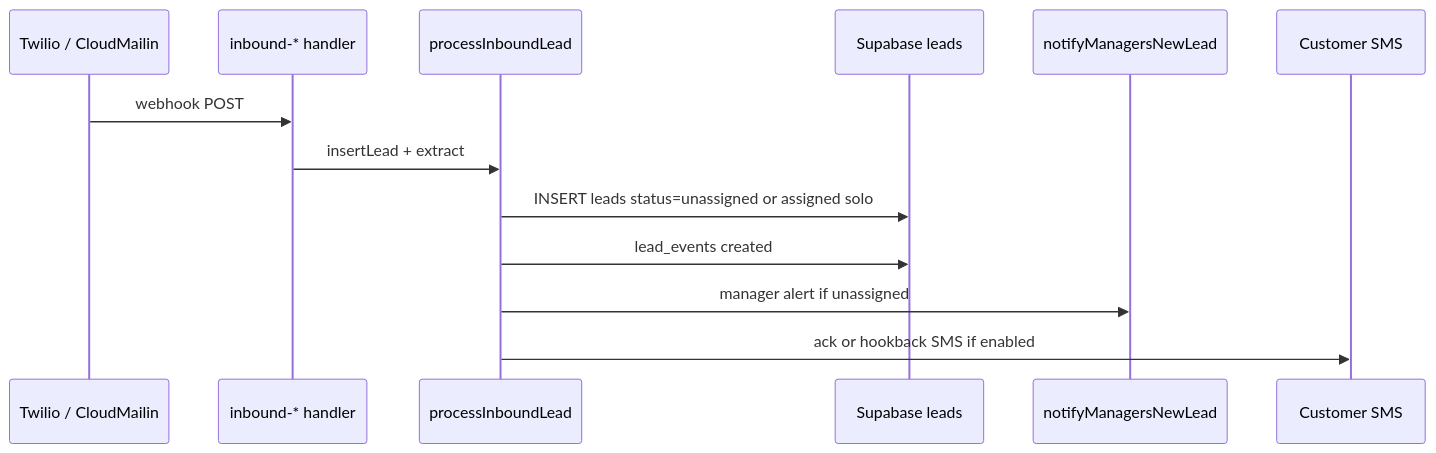
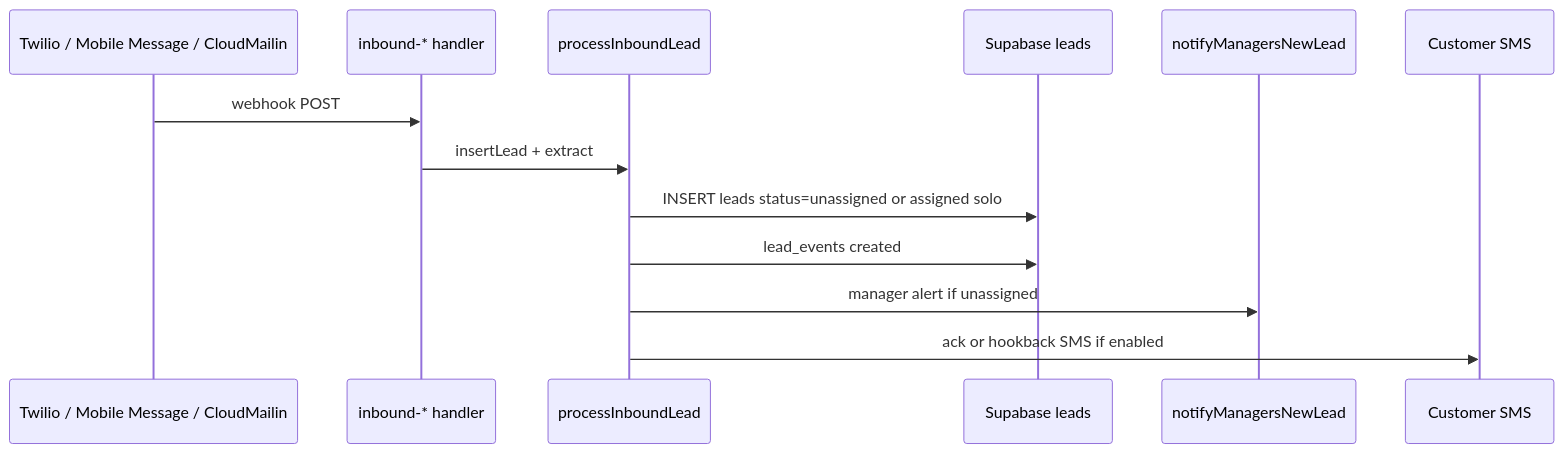
The seventh of 7 diagrams in docs/SALES_PIPELINE_WORKFLOW.md (missbeardy/tv-magic-companion), drawn with Mermaid before and after one commit. The commit also changed other lines of this file and 49 other files, not shown here.

````diff
--- a/docs/SALES_PIPELINE_WORKFLOW.md
+++ b/docs/SALES_PIPELINE_WORKFLOW.md
@@ -373,16 +373,16 @@
 ```mermaid
 sequenceDiagram
-  participant Channel as Twilio / CloudMailin
+  participant Channel as Twilio / Mobile Message / CloudMailin
   participant API as inbound-* handler
   participant Pipe as processInboundLead
   participant DB as Supabase leads
   participant Mgr as notifyManagersNewLead
   participant Cust as Customer SMS
 
   Channel->>API: webhook POST
   API->>Pipe: insertLead + extract
   Pipe->>DB: INSERT leads status=unassigned or assigned solo
   Pipe->>DB: lead_events created
   Pipe->>Mgr: manager alert if unassigned
   Pipe->>Cust: ack or hookback SMS if enabled
 ```
````
